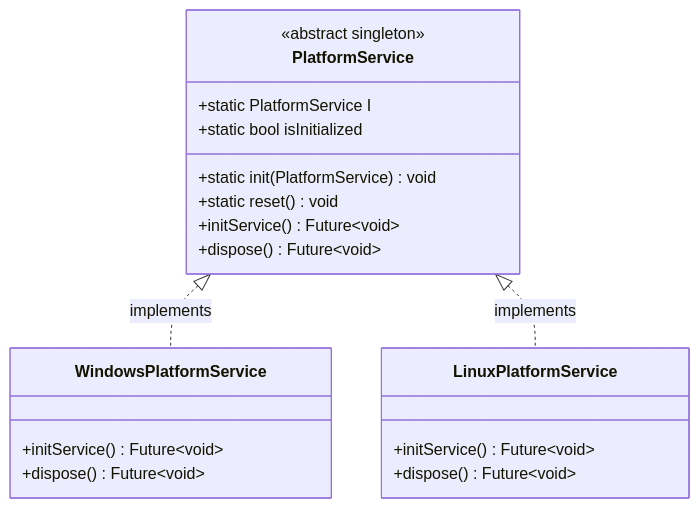
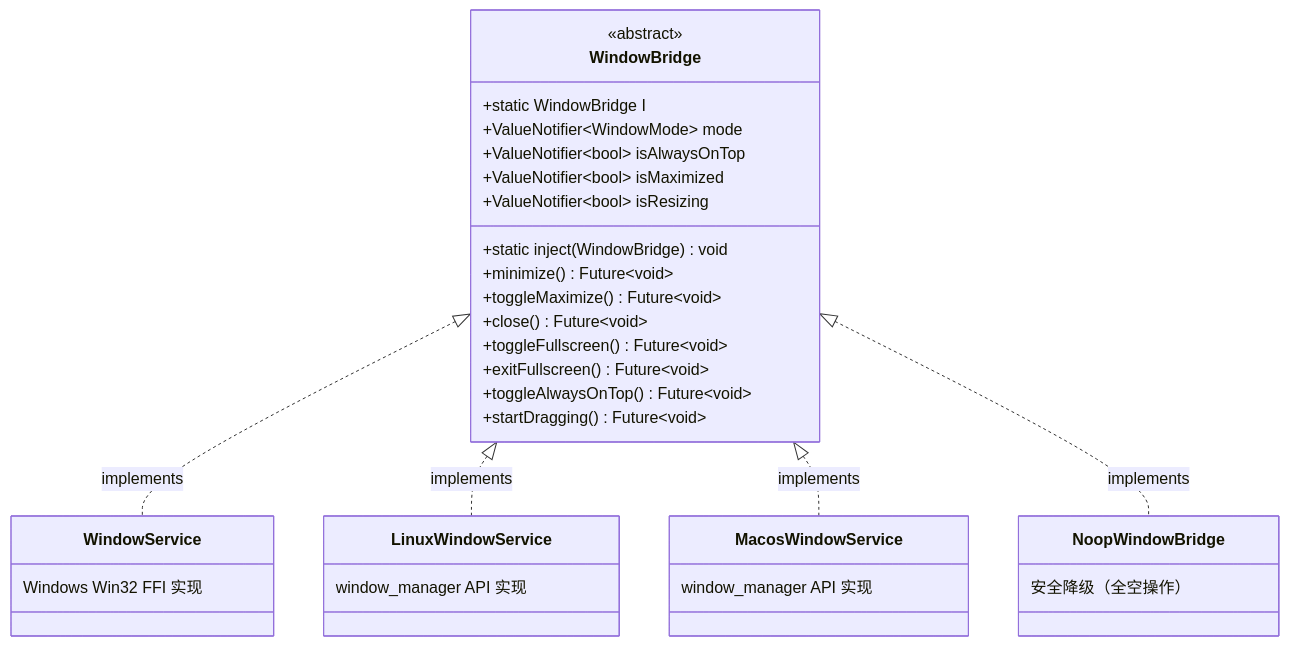
Before and after one commit to TATboy210/simple-player: the sixth of 8 diagrams in docs/kernel-architecture.md, drawn with Mermaid. The commit also changed other lines of this file and 76 other files, not shown here.

````diff
--- a/docs/kernel-architecture.md
+++ b/docs/kernel-architecture.md
@@ -501,25 +487,40 @@
 ```mermaid
 classDiagram
-    class PlatformService {
-        <<abstract singleton>>
-        +static PlatformService I
-        +static bool isInitialized
-        +static init(PlatformService) void
-        +static reset() void
-        +initService() Future~void~
-        +dispose() Future~void~
+    class WindowBridge {
+        <<abstract>>
+        +static WindowBridge I
+        +static inject(WindowBridge) void
+        +minimize() Future~void~
+        +toggleMaximize() Future~void~
+        +close() Future~void~
+        +toggleFullscreen() Future~void~
+        +exitFullscreen() Future~void~
+        +toggleAlwaysOnTop() Future~void~
+        +startDragging() Future~void~
+        +ValueNotifier~WindowMode~ mode
+        +ValueNotifier~bool~ isAlwaysOnTop
+        +ValueNotifier~bool~ isMaximized
+        +ValueNotifier~bool~ isResizing
     }
 
-    class WindowsPlatformService {
-        +initService() Future~void~
-        +dispose() Future~void~
+    class WindowService {
+        Windows Win32 FFI 实现
     }
 
-    class LinuxPlatformService {
-        +initService() Future~void~
-        +dispose() Future~void~
+    class LinuxWindowService {
+        window_manager API 实现
     }
 
-    PlatformService <|.. WindowsPlatformService : implements
-    PlatformService <|.. LinuxPlatformService : implements
+    class MacosWindowService {
+        window_manager API 实现
+    }
+
+    class NoopWindowBridge {
+        安全降级（全空操作）
+    }
+
+    WindowBridge <|.. WindowService : implements
+    WindowBridge <|.. LinuxWindowService : implements
+    WindowBridge <|.. MacosWindowService : implements
+    WindowBridge <|.. NoopWindowBridge : implements
 ```
````
